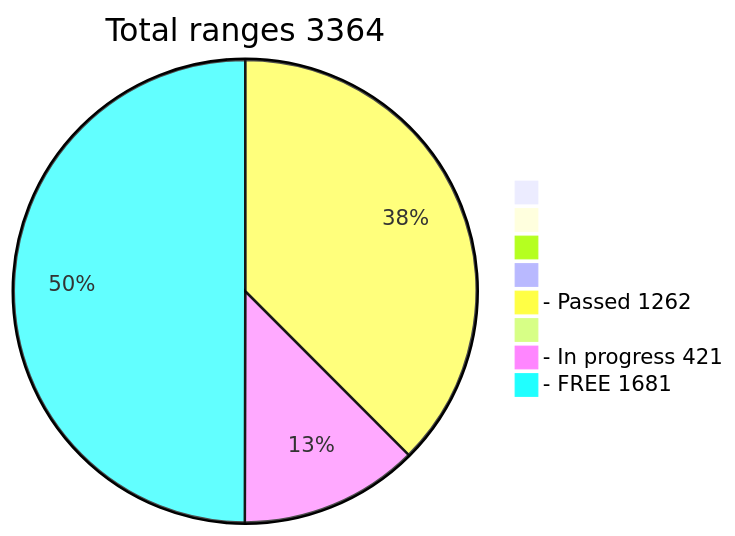
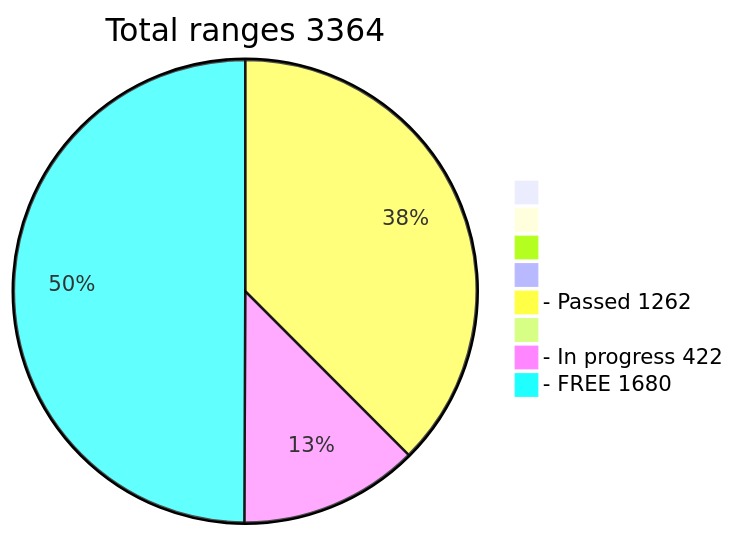
The diagram in README.md (phrutis/wif500), drawn with Mermaid before and after one commit.

````diff
--- a/README.md
+++ b/README.md
@@ -16,12 +16,12 @@
 ```mermaid
 pie title Total ranges 3364
              " " : 0
             "  " : 0
            "   " : 0
           "    " : 0
   "- Passed 1262" : 1262
          "     " : 0
-  "- In progress 421" : 421
-   "- FREE 1681" : 1681
+  "- In progress 422" : 422
+   "- FREE 1680" : 1680
    
 ```
````
